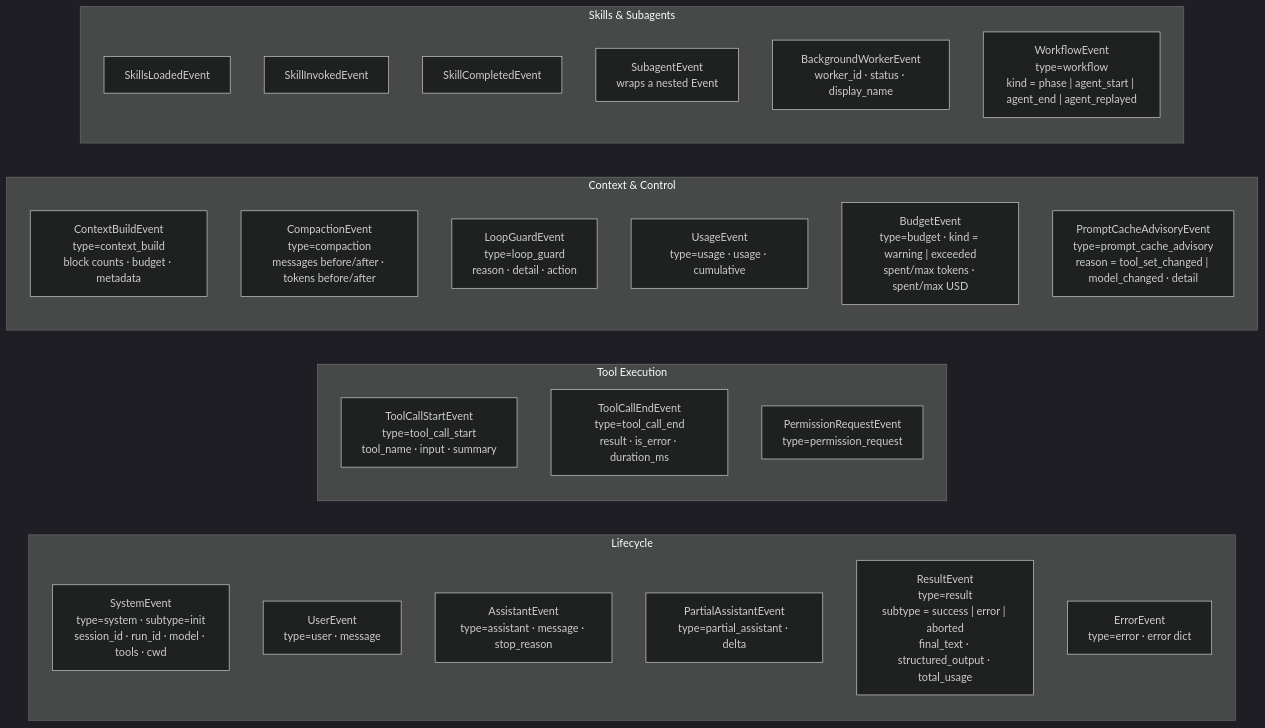
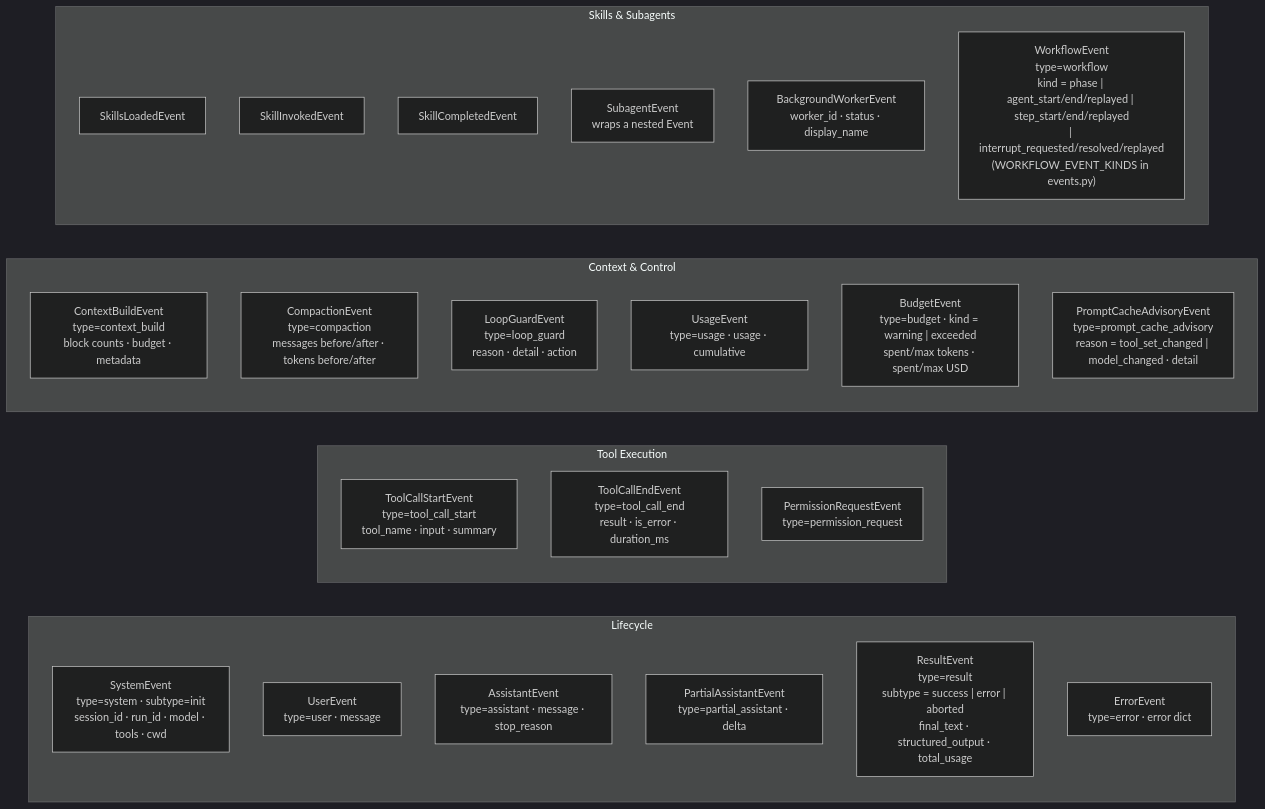
One commit to DuyTa506/linch changed the diagram in docs/architecture/events.md. Above: the diagram before and after it, drawn with Mermaid (dark theme). The commit also changed 29 other files, not shown here.

````diff
--- a/docs/architecture/events.md
+++ b/docs/architecture/events.md
@@ -7,39 +7,39 @@
 ```mermaid
 graph LR
     subgraph Life["Lifecycle"]
         direction TB
         SE["SystemEvent\ntype=system · subtype=init\nsession_id · run_id · model · tools · cwd"]
         UE["UserEvent\ntype=user · message"]
         AE["AssistantEvent\ntype=assistant · message · stop_reason"]
         PAE["PartialAssistantEvent\ntype=partial_assistant · delta"]
         RE["ResultEvent\ntype=result\nsubtype = success | error | aborted\nfinal_text · structured_output · total_usage"]
         ERR["ErrorEvent\ntype=error · error dict"]
     end
 
     subgraph Tools["Tool Execution"]
         direction TB
         TCS["ToolCallStartEvent\ntype=tool_call_start\ntool_name · input · summary"]
         TCE["ToolCallEndEvent\ntype=tool_call_end\nresult · is_error · duration_ms"]
         PRE["PermissionRequestEvent\ntype=permission_request"]
     end
 
     subgraph Ctx["Context & Control"]
         direction TB
         CBE["ContextBuildEvent\ntype=context_build\nblock counts · budget · metadata"]
         CE["CompactionEvent\ntype=compaction\nmessages before/after · tokens before/after"]
         LGE["LoopGuardEvent\ntype=loop_guard\nreason · detail · action"]
         UGE["UsageEvent\ntype=usage · usage · cumulative"]
         BE["BudgetEvent\ntype=budget · kind = warning | exceeded\nspent/max tokens · spent/max USD"]
         PCA["PromptCacheAdvisoryEvent\ntype=prompt_cache_advisory\nreason = tool_set_changed | model_changed · detail"]
     end
 
     subgraph Skill["Skills & Subagents"]
         direction TB
         SLE["SkillsLoadedEvent"]
         SIE["SkillInvokedEvent"]
         SCE["SkillCompletedEvent"]
         SAE["SubagentEvent\nwraps a nested Event"]
         BWE["BackgroundWorkerEvent\nworker_id · status · display_name"]
-        WFE["WorkflowEvent\ntype=workflow\nkind = phase | agent_start | agent_end | agent_replayed"]
+        WFE["WorkflowEvent\ntype=workflow\nkind = phase | agent_start/end/replayed | step_start/end/replayed\n| interrupt_requested/resolved/replayed\n(WORKFLOW_EVENT_KINDS in events.py)"]
     end
 ```
````
